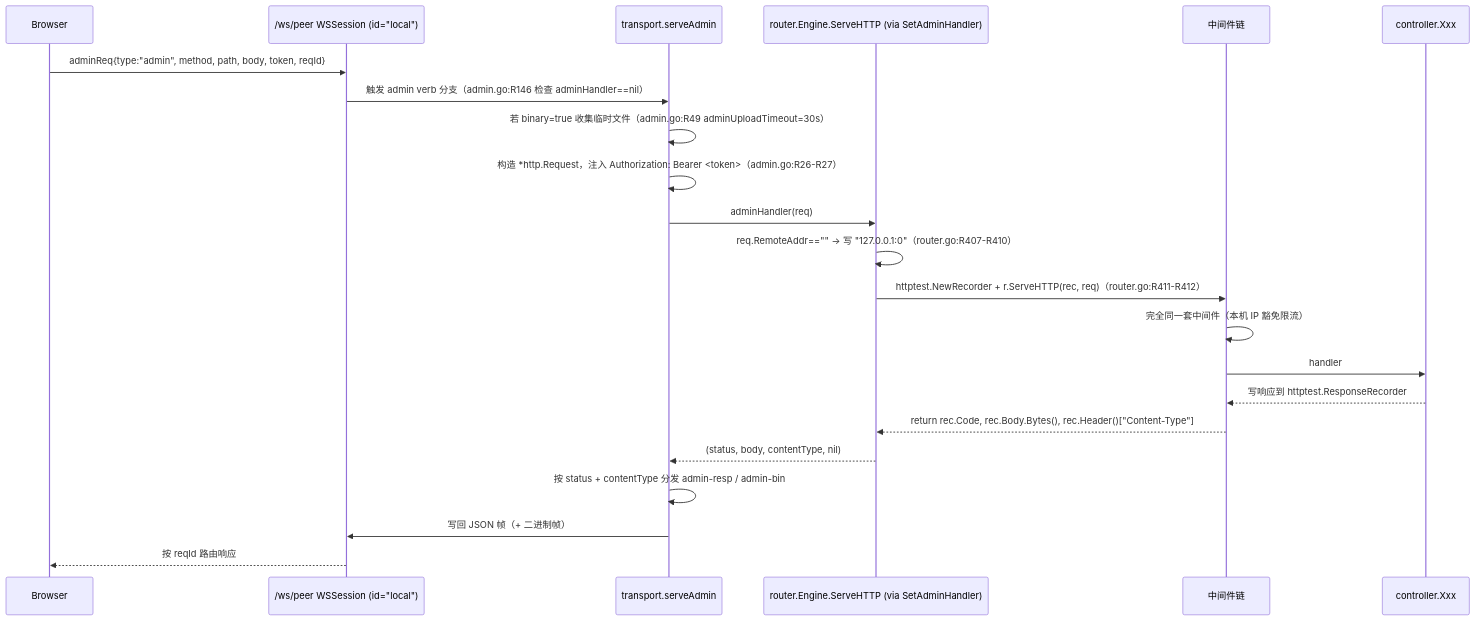
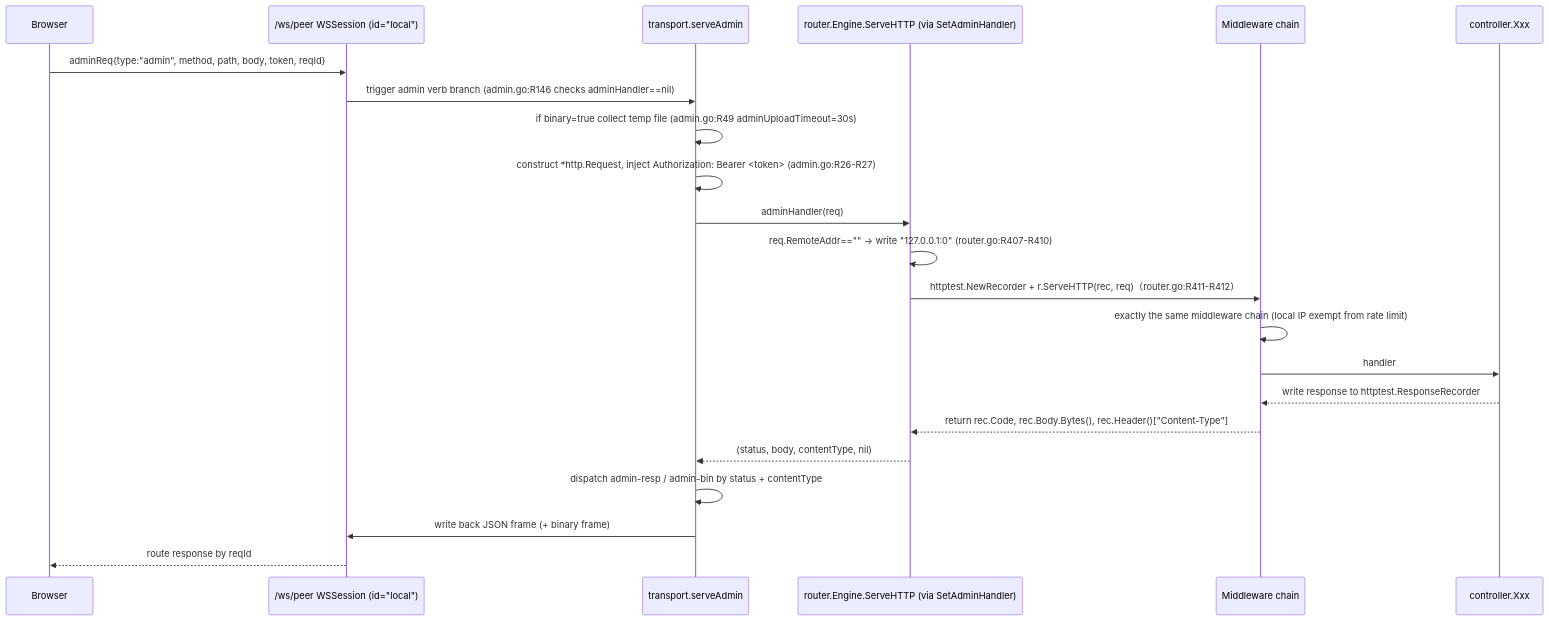
The second of 2 diagrams in doc/design/connections/02-router-controller.md (Hana-ame/peerdrive), drawn with Mermaid before and after one commit. The commit also changed other lines of this file and 357 other files, not shown here.

````diff
--- a/doc/design/connections/02-router-controller.md
+++ b/doc/design/connections/02-router-controller.md
@@ -107,24 +107,24 @@
 ```mermaid
 sequenceDiagram
   participant B as Browser
   participant W as /ws/peer WSSession (id="local")
   participant A as transport.serveAdmin
   participant E as router.Engine.ServeHTTP (via SetAdminHandler)
-  participant M as 中间件链
+  participant M as Middleware chain
   participant K as controller.Xxx
   B->>W: adminReq{type:"admin", method, path, body, token, reqId}
-  W->>A: 触发 admin verb 分支（admin.go:R146 检查 adminHandler==nil）
-  A->>A: 若 binary=true 收集临时文件（admin.go:R49 adminUploadTimeout=30s）
-  A->>A: 构造 *http.Request，注入 Authorization: Bearer <token>（admin.go:R26-R27）
+  W->>A: trigger admin verb branch (admin.go:R146 checks adminHandler==nil)
+  A->>A: if binary=true collect temp file (admin.go:R49 adminUploadTimeout=30s)
+  A->>A: construct *http.Request, inject Authorization: Bearer <token> (admin.go:R26-R27)
   A->>E: adminHandler(req)
-  E->>E: req.RemoteAddr=="" → 写 "127.0.0.1:0"（router.go:R407-R410）
+  E->>E: req.RemoteAddr=="" → write "127.0.0.1:0" (router.go:R407-R410)
   E->>M: httptest.NewRecorder + r.ServeHTTP(rec, req)（router.go:R411-R412）
-  M->>M: 完全同一套中间件（本机 IP 豁免限流）
+  M->>M: exactly the same middleware chain (local IP exempt from rate limit)
   M->>K: handler
-  K-->>M: 写响应到 httptest.ResponseRecorder
+  K-->>M: write response to httptest.ResponseRecorder
   M-->>E: return rec.Code, rec.Body.Bytes(), rec.Header()["Content-Type"]
   E-->>A: (status, body, contentType, nil)
-  A->>A: 按 status + contentType 分发 admin-resp / admin-bin
-  A->>W: 写回 JSON 帧（+ 二进制帧）
-  W-->>B: 按 reqId 路由响应
+  A->>A: dispatch admin-resp / admin-bin by status + contentType
+  A->>W: write back JSON frame (+ binary frame)
+  W-->>B: route response by reqId
 ```
````
